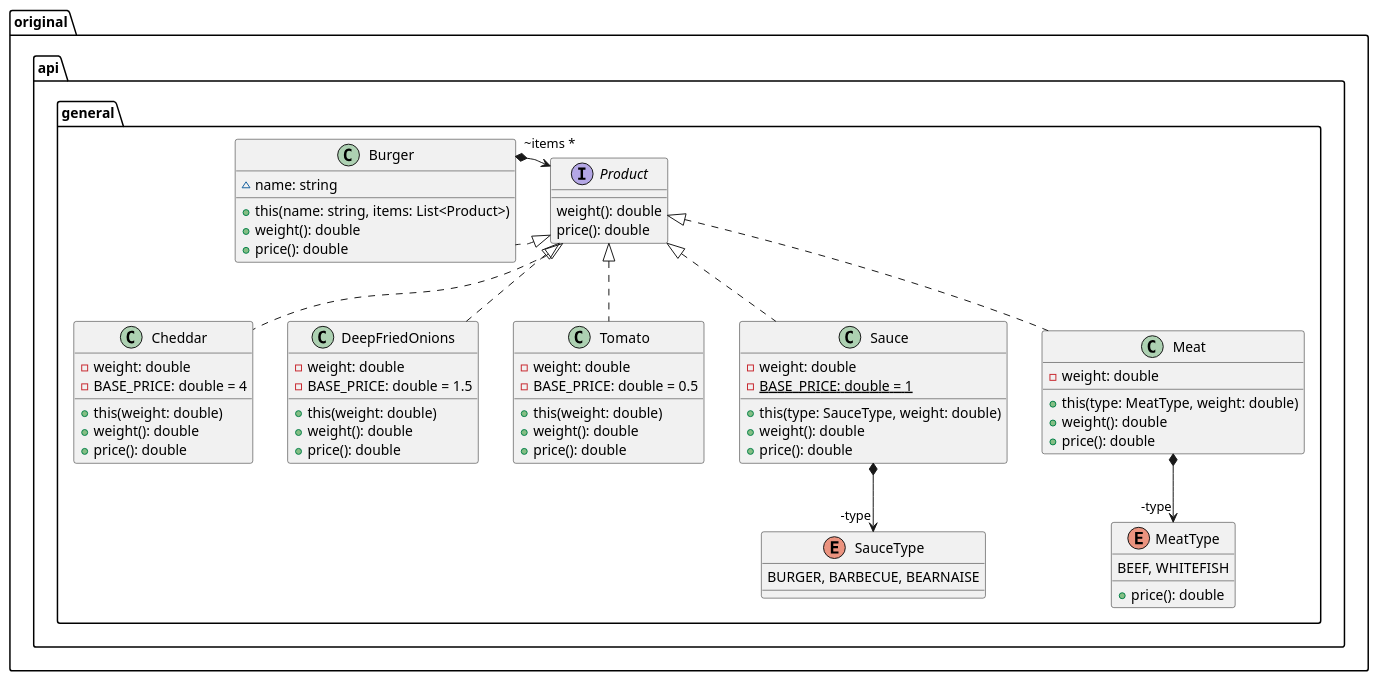
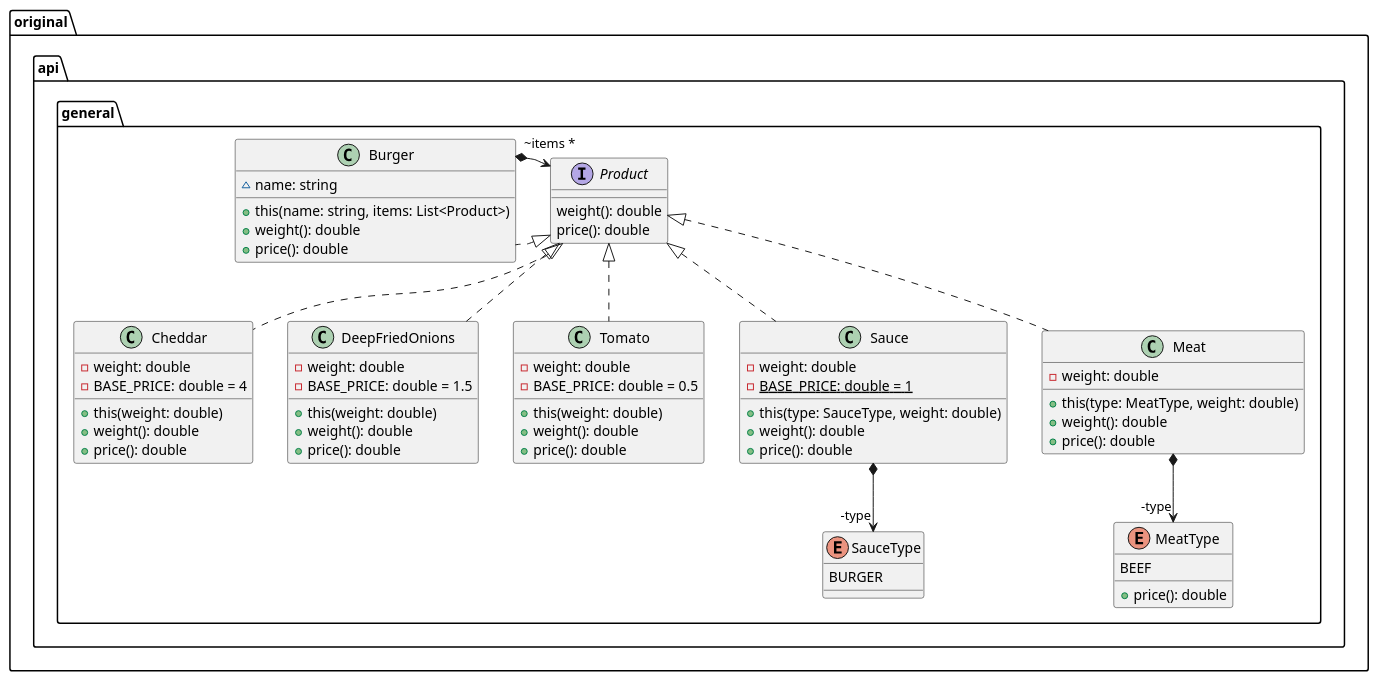
Before and after one commit to aissatoubarryfab/TdBurger: the diagram in BurgerStep0.puml, drawn with PlantUML.

```diff
--- a/BurgerStep0.puml
+++ b/BurgerStep0.puml
@@ -1,67 +1,67 @@
 @startuml classdiagram
 package original.api.general {
 
     interface Product {
         weight(): double
         price(): double
     }
 
     enum SauceType {
-        BURGER, BARBECUE, BEARNAISE
+        BURGER
     }
 
     enum MeatType {
-        BEEF, WHITEFISH
+        BEEF
         + price(): double
     }
 
     class Cheddar implements Product {
         - weight: double
         - BASE_PRICE: double = 4
         + this(weight: double)
         + weight(): double
         + price(): double
     }
 
     class DeepFriedOnions implements Product {
         - weight: double
         - BASE_PRICE: double = 1.5
         + this(weight: double)
         + weight(): double
         + price(): double
     }
 
     class Tomato implements Product {
         - weight: double
         - BASE_PRICE: double = 0.5
         + this(weight: double)
         + weight(): double
         + price(): double
     }
 
     class Sauce implements Product {
         - weight: double
         - {static} BASE_PRICE: double = 1
         + this(type: SauceType, weight: double)
         + weight(): double
         + price(): double
     }
     Sauce *--> "-type" SauceType
 
     class Meat implements Product {
         - weight: double
         + this(type: MeatType, weight: double)
         + weight(): double
         + price(): double
     }
     Meat *--> "-type" MeatType
 
     class Burger implements Product {
         ~ name: string
         + this(name: string, items: List<Product>)
         + weight(): double
         + price(): double
     }
     Burger *-> "~items *" Product
 }
 @enduml
```
